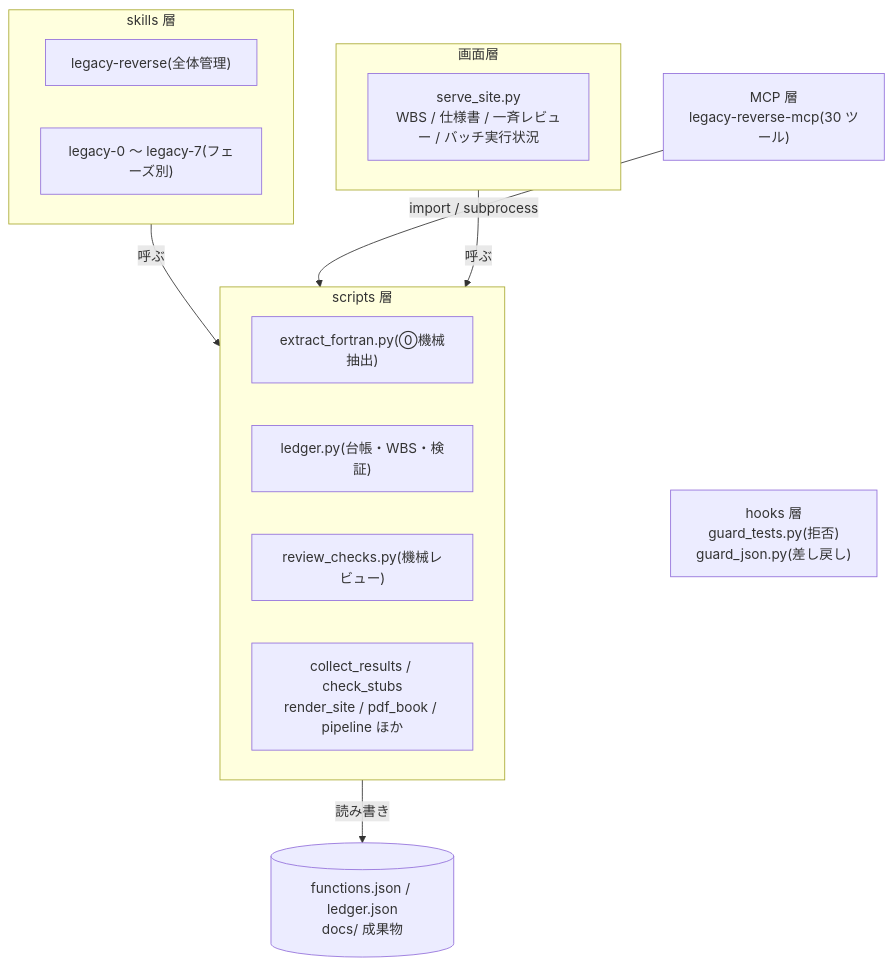
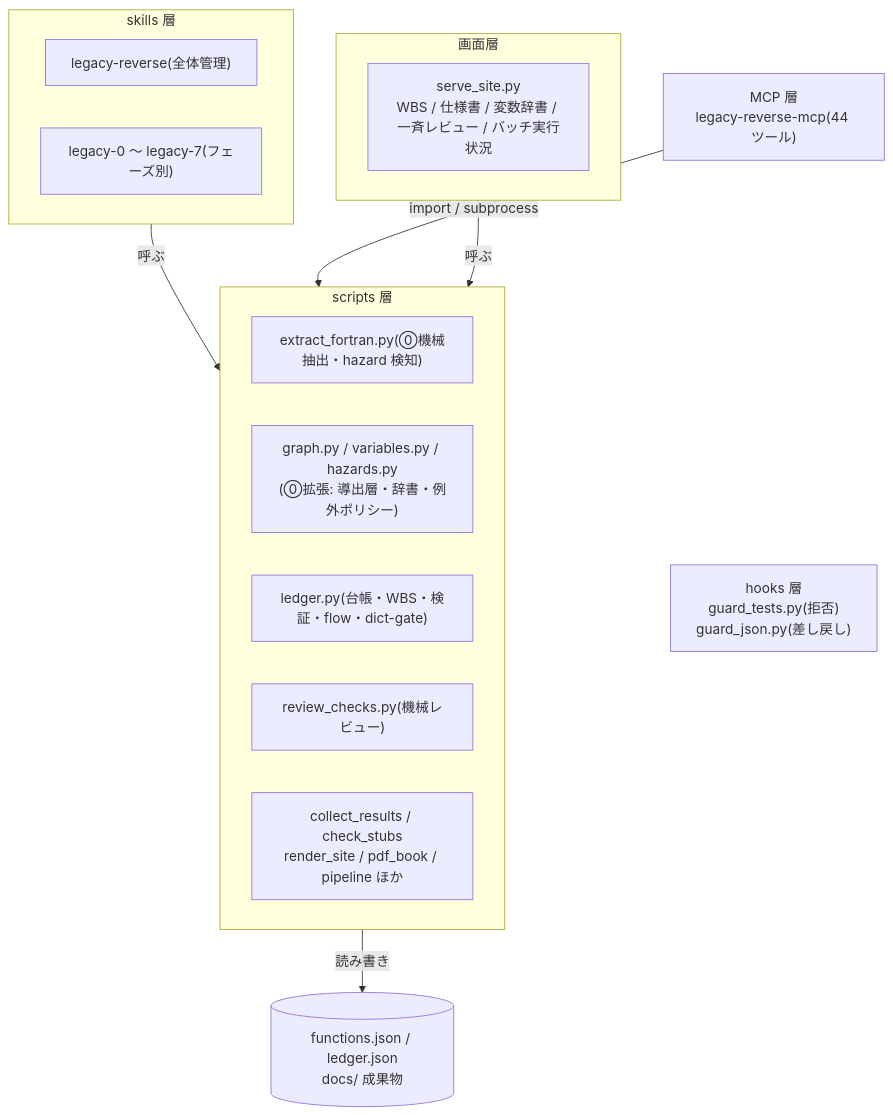
The second of 3 diagrams in docs/legacy-reverse/index.qmd (ctenopoma/skills), drawn with Mermaid before and after one commit. The commit also changed other lines of this file and 59 other files, not shown here.

````diff
--- a/docs/legacy-reverse/index.qmd
+++ b/docs/legacy-reverse/index.qmd
@@ -61,26 +115,27 @@
 ```{mermaid}
 %%| label: fig-index-layers
 %%| fig-cap: "skills / scripts / MCP / hooks / 画面の呼び出し関係"
 
 flowchart TB
   subgraph L1["skills 層"]
     P["legacy-reverse(全体管理)"]
     S["legacy-0 〜 legacy-7(フェーズ別)"]
   end
   subgraph L2["scripts 層"]
-    EX["extract_fortran.py(⓪機械抽出)"]
-    LG["ledger.py(台帳・WBS・検証)"]
+    EX["extract_fortran.py(⓪機械抽出・hazard 検知)"]
+    DR["graph.py / variables.py / hazards.py<br/>(⓪拡張: 導出層・辞書・例外ポリシー)"]
+    LG["ledger.py(台帳・WBS・検証・flow・dict-gate)"]
     RV["review_checks.py(機械レビュー)"]
     OT["collect_results / check_stubs<br/>render_site / pdf_book / pipeline ほか"]
   end
   subgraph L5["画面層"]
-    UI["serve_site.py<br/>WBS / 仕様書 / 一斉レビュー / バッチ実行状況"]
+    UI["serve_site.py<br/>WBS / 仕様書 / 変数辞書 / 一斉レビュー / バッチ実行状況"]
   end
-  L3["MCP 層<br/>legacy-reverse-mcp(30 ツール)"]
+  L3["MCP 層<br/>legacy-reverse-mcp(44 ツール)"]
   L4["hooks 層<br/>guard_tests.py(拒否)<br/>guard_json.py(差し戻し)"]
   L3 ~~~ L4
   L1 -->|呼ぶ| L2
   L3 -->|import / subprocess| L2
   L5 -->|呼ぶ| L2
   L2 -->|読み書き| D[("functions.json / ledger.json<br/>docs/ 成果物")]
 ```
````
